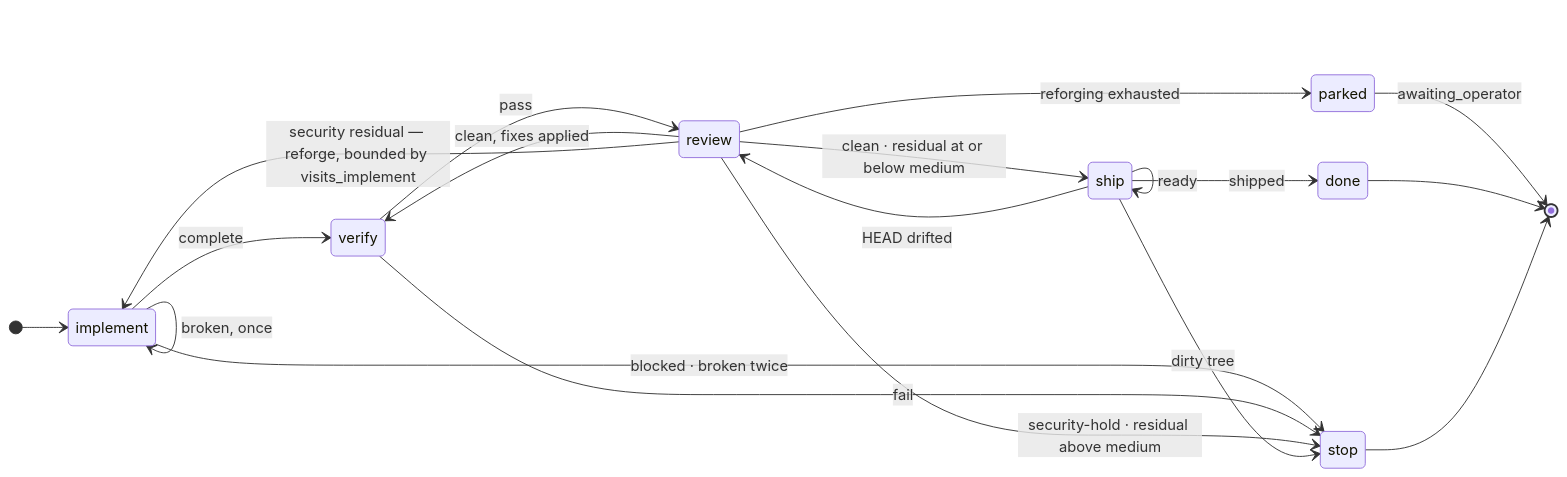
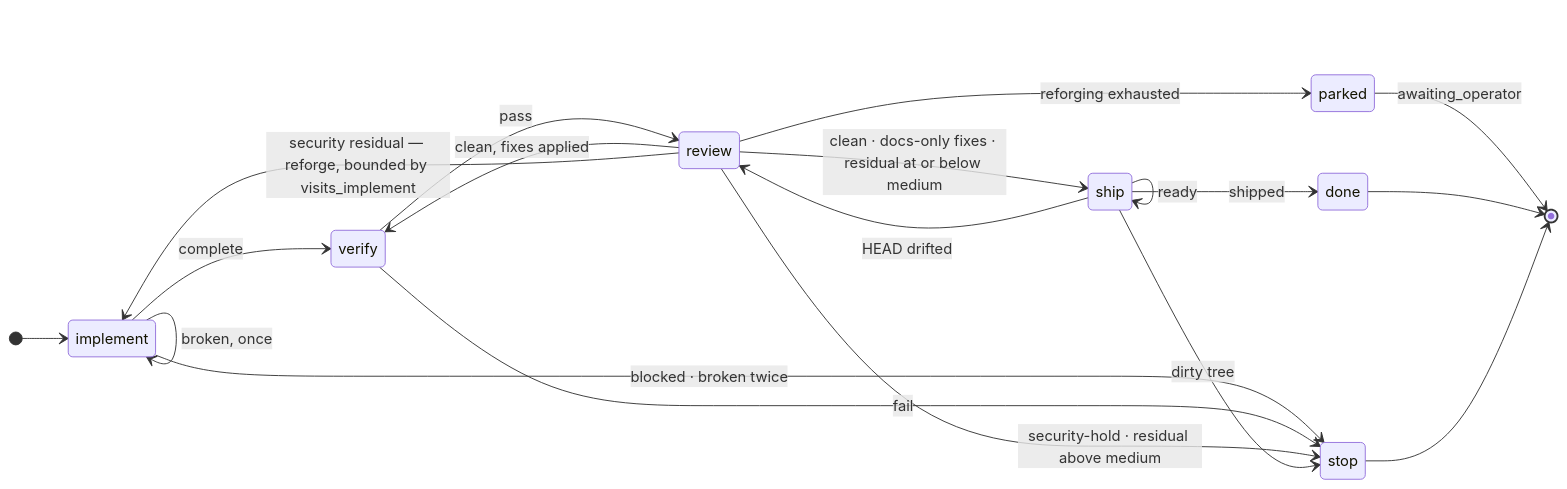
One commit to feedback-loop-ai/brokkr changed the sixth of 8 diagrams in ARCHITECTURE.md. Above: the diagram before and after it, drawn with Mermaid. The commit also changed 16 other files, not shown here.

````diff
--- a/ARCHITECTURE.md
+++ b/ARCHITECTURE.md
@@ -151,22 +151,22 @@
 ```mermaid
 stateDiagram-v2
   direction LR
   [*] --> implement
   implement --> implement: broken, once
   implement --> verify: complete
   verify --> review: pass
-  review --> ship: clean · residual at or below medium
+  review --> ship: clean · docs-only fixes · residual at or below medium
   review --> verify: clean, fixes applied
   review --> implement: security residual — reforge, bounded by visits_implement
   review --> parked: reforging exhausted
   ship --> ship: ready
   ship --> review: HEAD drifted
   ship --> done: shipped
   implement --> stop: blocked · broken twice
   verify --> stop: fail
   review --> stop: security-hold · residual above medium
   ship --> stop: dirty tree
   parked --> [*]: awaiting_operator
   done --> [*]
   stop --> [*]
 ```
````
